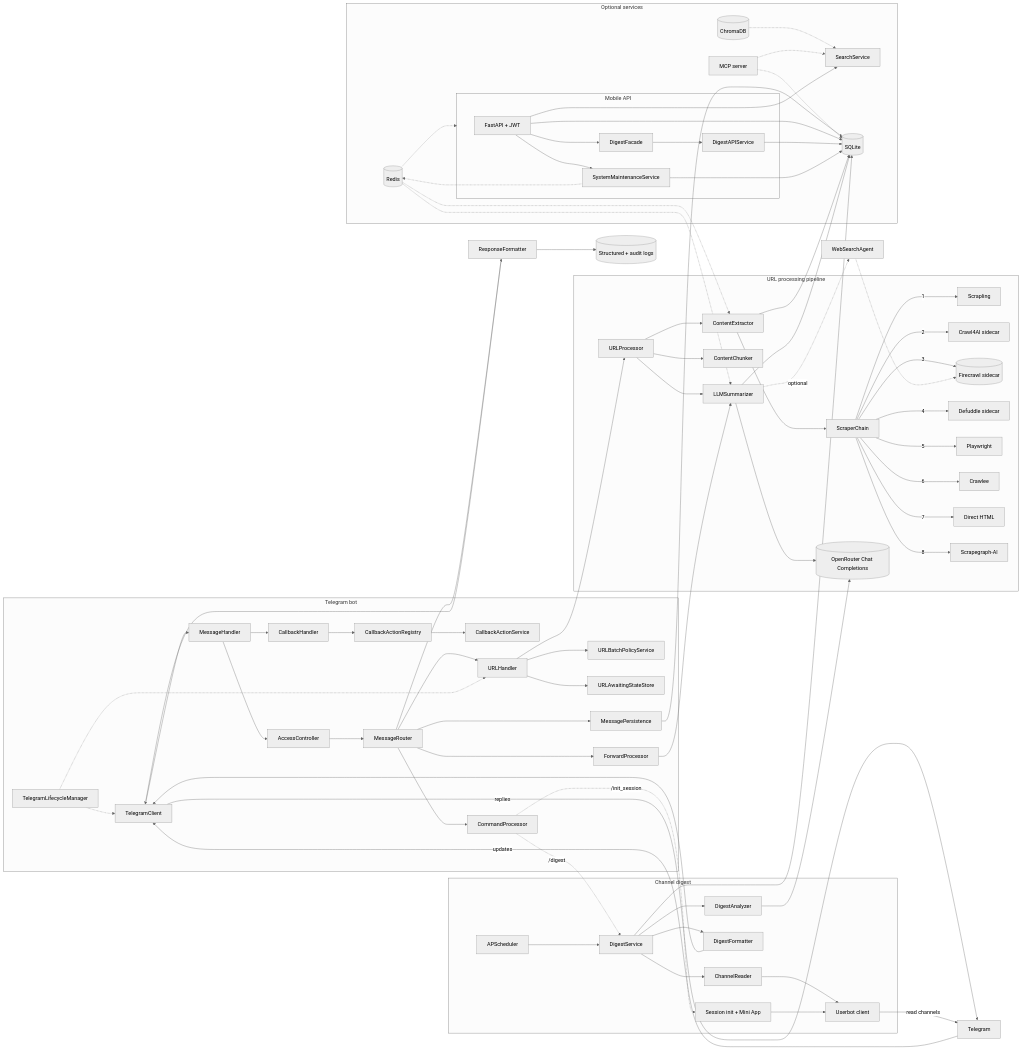
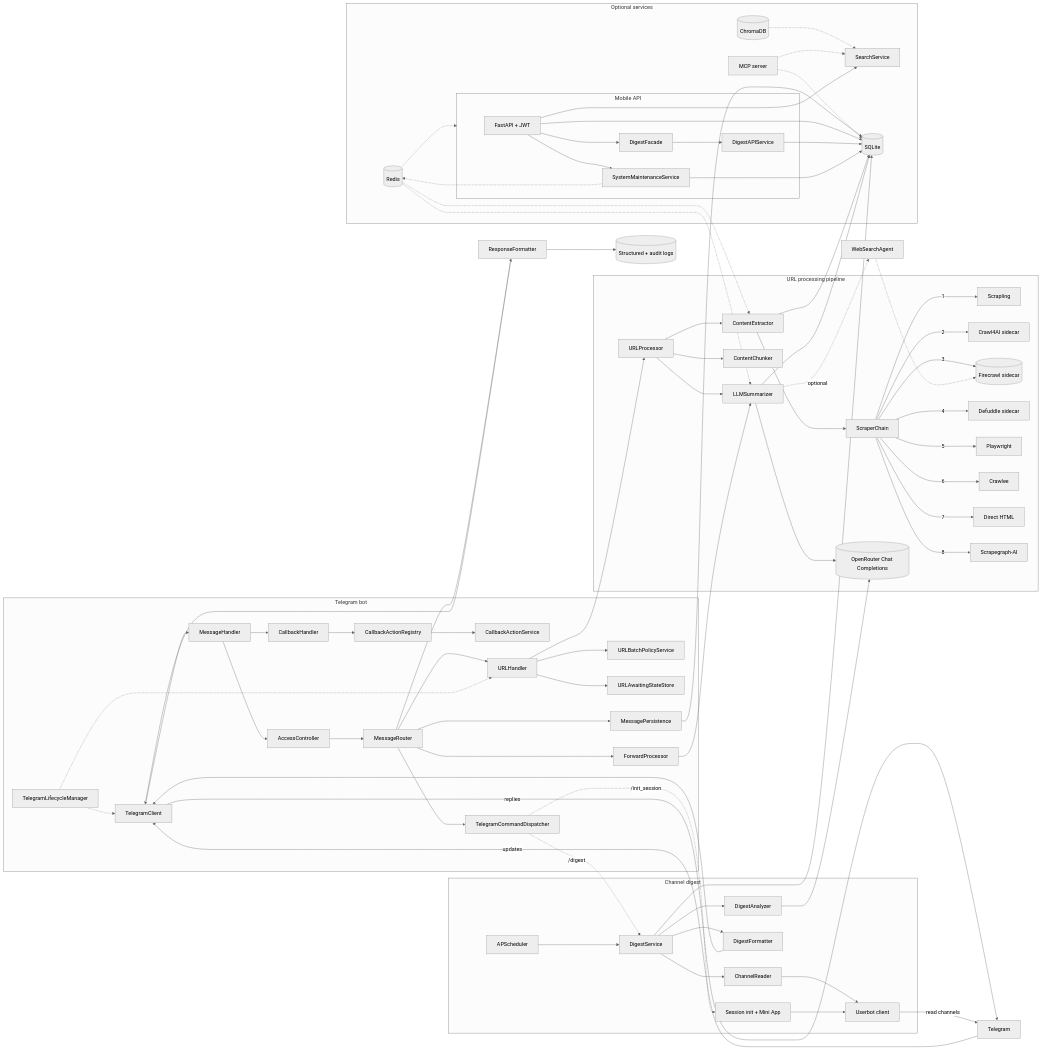
Before and after one commit to po4yka/bite-size-reader: the diagram in docs/explanation/architecture-overview.md, drawn with Mermaid (neutral theme). The commit also changed 4 other files, not shown here.

First line of the commit message:
docs: refresh stack/architecture refs after legacy cleanup

```diff
--- a/docs/explanation/architecture-overview.md
+++ b/docs/explanation/architecture-overview.md
@@ -28,7 +28,7 @@
     CallbackHandler --> CallbackRegistry[CallbackActionRegistry]
     CallbackRegistry --> CallbackActions[CallbackActionService]
     AccessController --> MessageRouter
-    MessageRouter --> CommandProcessor
+    MessageRouter --> TelegramCommandDispatcher
     MessageRouter --> URLHandler
     URLHandler --> URLBatchPolicy[URLBatchPolicyService]
     URLHandler --> URLAwaitingState[URLAwaitingStateStore]
@@ -57,14 +57,14 @@
 
   subgraph DigestPipeline[Channel digest]
     Scheduler[APScheduler] --> DigestService
-    CommandProcessor -.->|/digest| DigestService
+    TelegramCommandDispatcher -.->|/digest| DigestService
     DigestService --> ChannelReader
     ChannelReader --> UserbotClient[Userbot client]
     DigestService --> DigestAnalyzer
     DigestAnalyzer --> OpenRouter
     DigestService --> DigestFormatter
     DigestFormatter --> TGClient
-    CommandProcessor -.->|/init_session| SessionInit[Session init + Mini App]
+    TelegramCommandDispatcher -.->|/init_session| SessionInit[Session init + Mini App]
     SessionInit --> UserbotClient
   end
 
```
